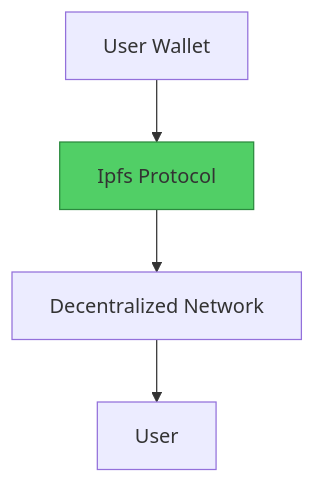
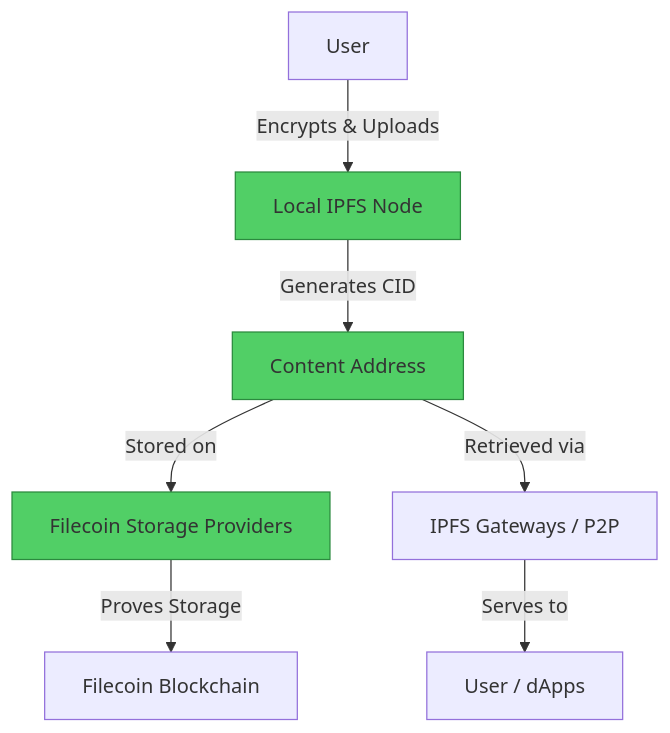
The second of 2 diagrams in 03-storage/01-google-drive-to-ipfs.md (Elvatar2/Web2-To-Web3-Migration-Guide), drawn with Mermaid before and after one commit. The commit also changed other lines of this file, not shown here.

````diff
--- a/03-storage/01-google-drive-to-ipfs.md
+++ b/03-storage/01-google-drive-to-ipfs.md
@@ -63,8 +76,13 @@
 ```mermaid
 graph TB
-    A[User Wallet] --> B[Ipfs Protocol]
-    B --> C[Decentralized Network]
-    C --> D[User]
+    A[User] -->|Encrypts & Uploads| B[Local IPFS Node]
+    B -->|Generates CID| C[Content Address]
+    C -->|Stored on| D[Filecoin Storage Providers]
+    D -->|Proves Storage| E[Filecoin Blockchain]
+    C -->|Retrieved via| F[IPFS Gateways / P2P]
+    F -->|Serves to| G[User / dApps]
 
     style B fill:#51cf66,stroke:#2b8a3e
+    style C fill:#51cf66,stroke:#2b8a3e
+    style D fill:#51cf66,stroke:#2b8a3e
 ```
````
